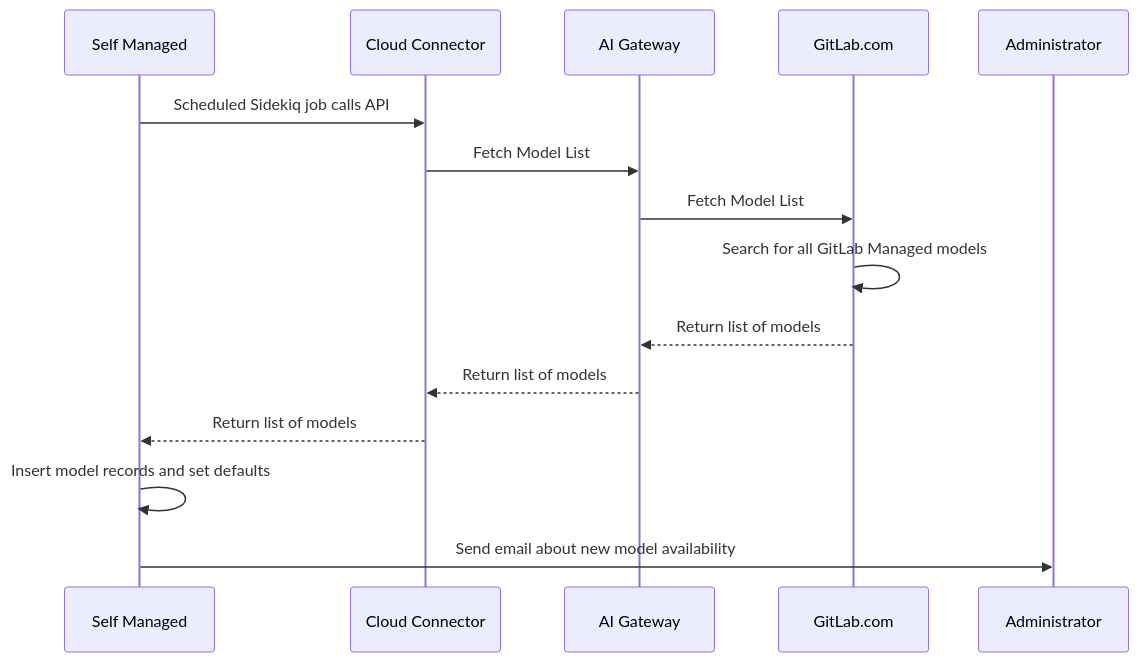
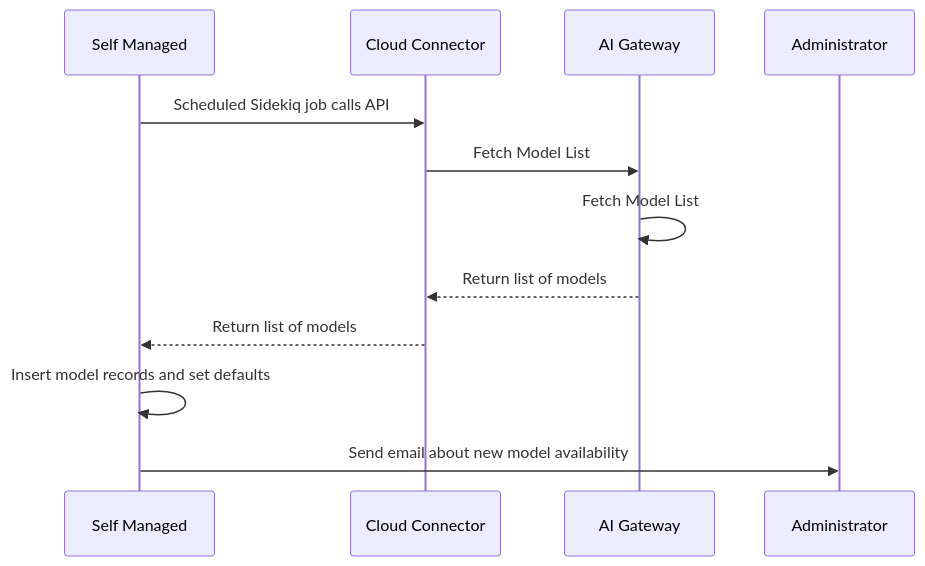
The third of 3 diagrams in content/handbook/engineering/architecture/design-documents/ai_model_selection/_index.md (zalyoung/gitlab-handbook), drawn with Mermaid before and after one commit. The commit also changed other lines of this file, not shown here.

Commit message:
Updated data model, changed so that instance level settings come from the AI Gateway

````diff
--- a/content/handbook/engineering/architecture/design-documents/ai_model_selection/_index.md
+++ b/content/handbook/engineering/architecture/design-documents/ai_model_selection/_index.md
@@ -325,12 +240,10 @@
 ```mermaid
 sequenceDiagram
     Self Managed->>Cloud Connector: Scheduled Sidekiq job calls API
     Cloud Connector->>AI Gateway: Fetch Model List
-    AI Gateway->>GitLab.com: Fetch Model List
-    GitLab.com->>GitLab.com: Search for all GitLab Managed models
-    GitLab.com-->>AI Gateway: Return list of models
+    AI Gateway->>AI Gateway: Fetch Model List
     AI Gateway-->>Cloud Connector: Return list of models
     Cloud Connector-->>Self Managed: Return list of models
     Self Managed->>Self Managed: Insert model records and set defaults
     Self Managed->>Administrator: Send email about new model availability
 ```
````
